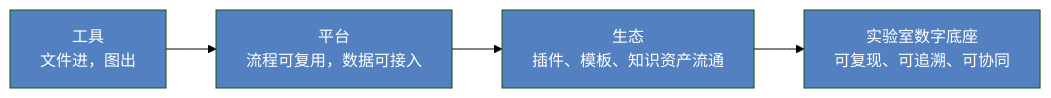
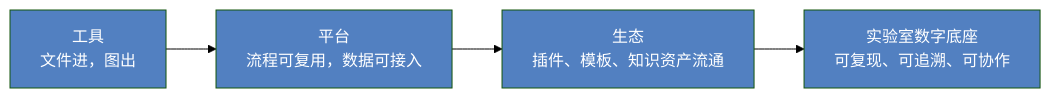
One commit to czyt1988/data-workbench changed diagram 12 of 16 in docs/zh/roadmap.md. Above: the diagram before and after it, drawn with Mermaid (forest theme). The commit also changed other lines of this file and 55 other files, not shown here.

````diff
--- a/docs/zh/roadmap.md
+++ b/docs/zh/roadmap.md
@@ -806,8 +806,8 @@
 ```mermaid
 flowchart LR
     T["工具<br/>文件进，图出"] --> P["平台<br/>流程可复用，数据可接入"]
     P --> E["生态<br/>插件、模板、知识资产流通"]
-    E --> L["实验室数字底座<br/>可复现、可追溯、可协同"]
+    E --> L["实验室数字底座<br/>可复现、可追溯、可协作"]
     classDef s fill:#5280C1,color:#fff
     class T,P,E,L s
 ```
````
